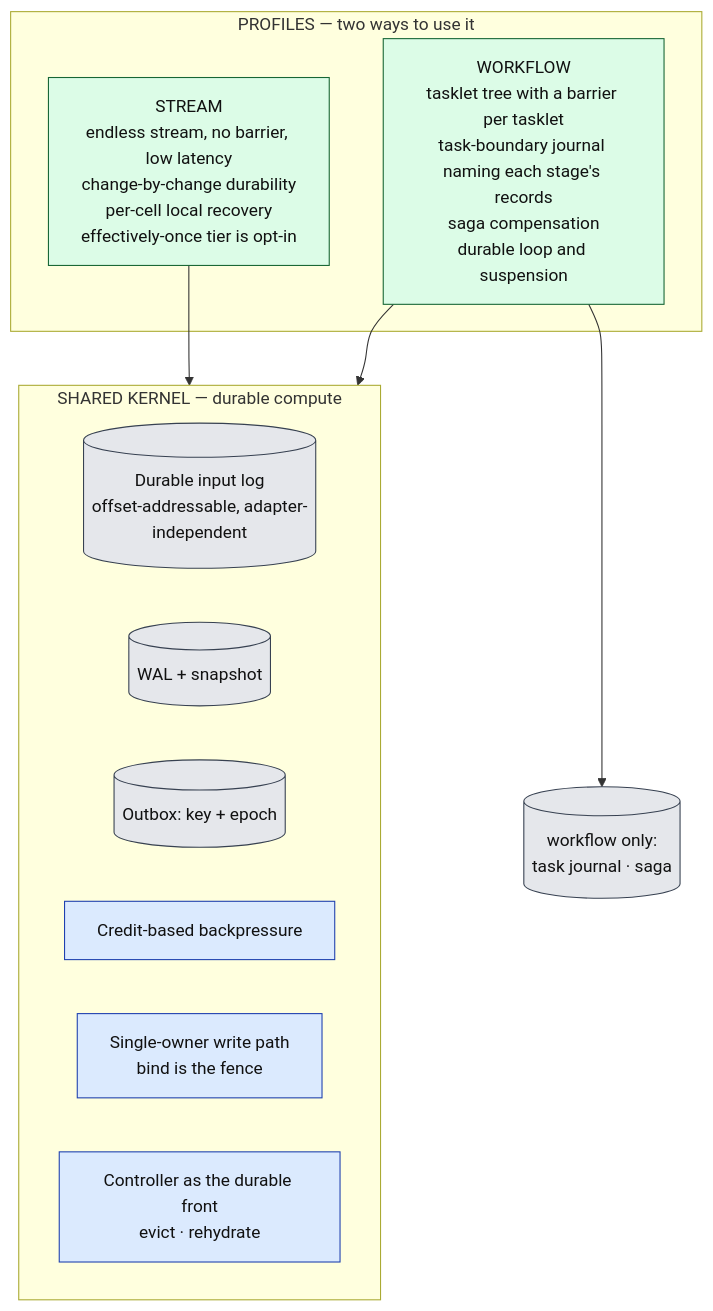
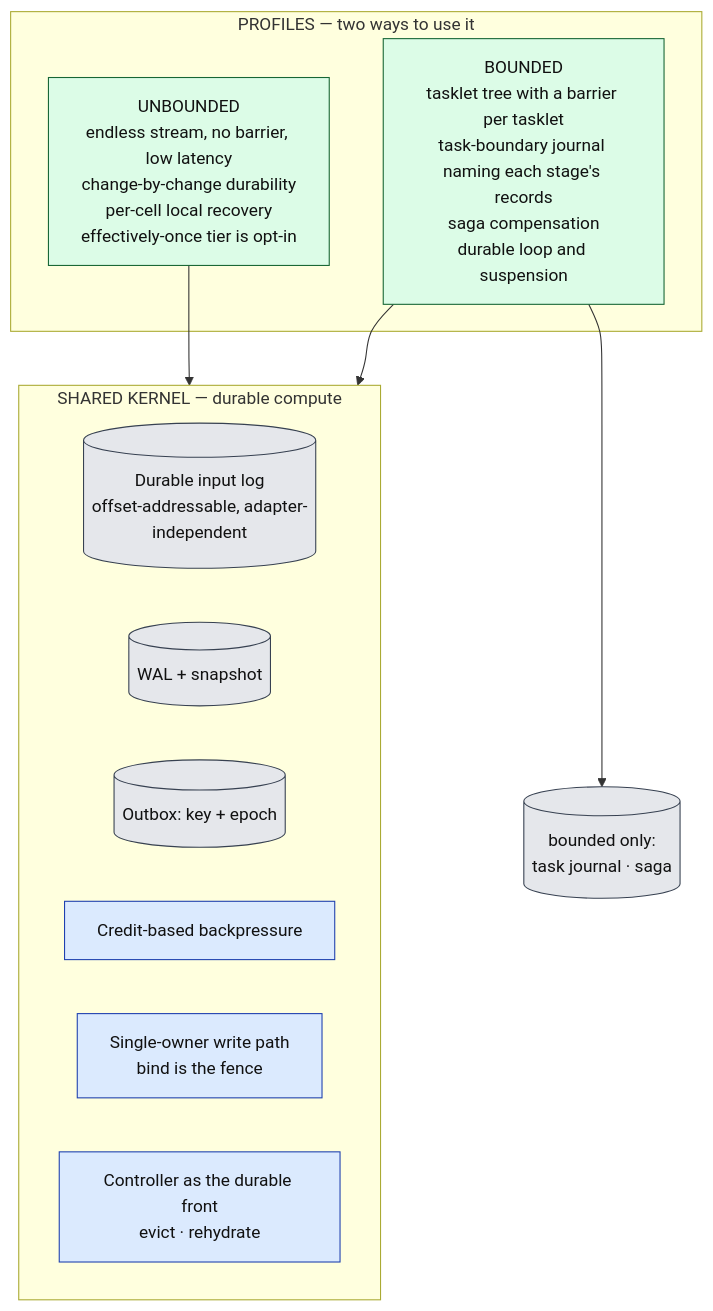
One commit to Flezha/flezha changed the fifth of 9 diagrams in docs/architecture/README.md. Above: the diagram before and after it, drawn with Mermaid. The commit also changed other lines of this file and 929 other files, not shown here.

First line of the commit message:
Rename Operative to Operator, and its kinds to unbounded and bounded

````diff
--- a/docs/architecture/README.md
+++ b/docs/architecture/README.md
@@ -236,24 +236,24 @@
 ```mermaid
 flowchart TB
     subgraph PROF["PROFILES — two ways to use it"]
-        UNB["STREAM<br/>endless stream, no barrier, low latency<br/>change-by-change durability<br/>per-cell local recovery<br/>effectively-once tier is opt-in"]:::exec
-        BND["WORKFLOW<br/>tasklet tree with a barrier per tasklet<br/>task-boundary journal naming each stage's records<br/>saga compensation<br/>durable loop and suspension"]:::exec
+        UNB["UNBOUNDED<br/>endless stream, no barrier, low latency<br/>change-by-change durability<br/>per-cell local recovery<br/>effectively-once tier is opt-in"]:::exec
+        BND["BOUNDED<br/>tasklet tree with a barrier per tasklet<br/>task-boundary journal naming each stage's records<br/>saga compensation<br/>durable loop and suspension"]:::exec
     end
     subgraph KERN["SHARED KERNEL — durable compute"]
         K1[("Durable input log<br/>offset-addressable, adapter-independent")]:::store
         K2[("WAL + snapshot")]:::store
         K3[("Outbox: key + epoch")]:::store
         K4["Credit-based backpressure"]:::ctrl
         K5["Single-owner write path<br/>bind is the fence"]:::ctrl
         K6["Controller as the durable front<br/>evict · rehydrate"]:::ctrl
     end
-    BEXTRA[("workflow only:<br/>task journal · saga")]:::store
+    BEXTRA[("bounded only:<br/>task journal · saga")]:::store
 
     UNB --> KERN
     BND --> KERN
     BND --> BEXTRA
 
     classDef ctrl fill:#dbeafe,stroke:#1e40af,color:#111
     classDef exec fill:#dcfce7,stroke:#166534,color:#111
     classDef store fill:#e5e7eb,stroke:#374151,color:#111
 ```
````
